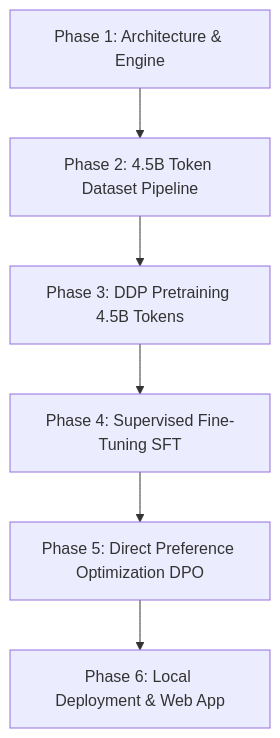
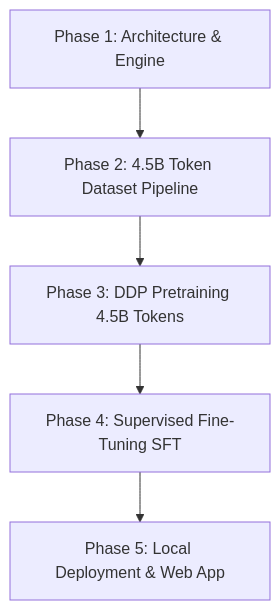
Before and after one commit to Harshkumar2306/Axiom-V2: the diagram in README.md, drawn with Mermaid. The commit also changed other lines of this file and 8 other files, not shown here.

Commit message:
Remove DPO phase from progress and documentation

````diff
--- a/README.md
+++ b/README.md
@@ -99,8 +97,7 @@
 ```mermaid
 graph TD
     A[Phase 1: Architecture & Engine] --> B[Phase 2: 4.5B Token Dataset Pipeline]
     B --> C[Phase 3: DDP Pretraining 4.5B Tokens]
     C --> D[Phase 4: Supervised Fine-Tuning SFT]
-    D --> E[Phase 5: Direct Preference Optimization DPO]
-    E --> F[Phase 6: Local Deployment & Web App]
+    D --> E[Phase 5: Local Deployment & Web App]
 ```
````
